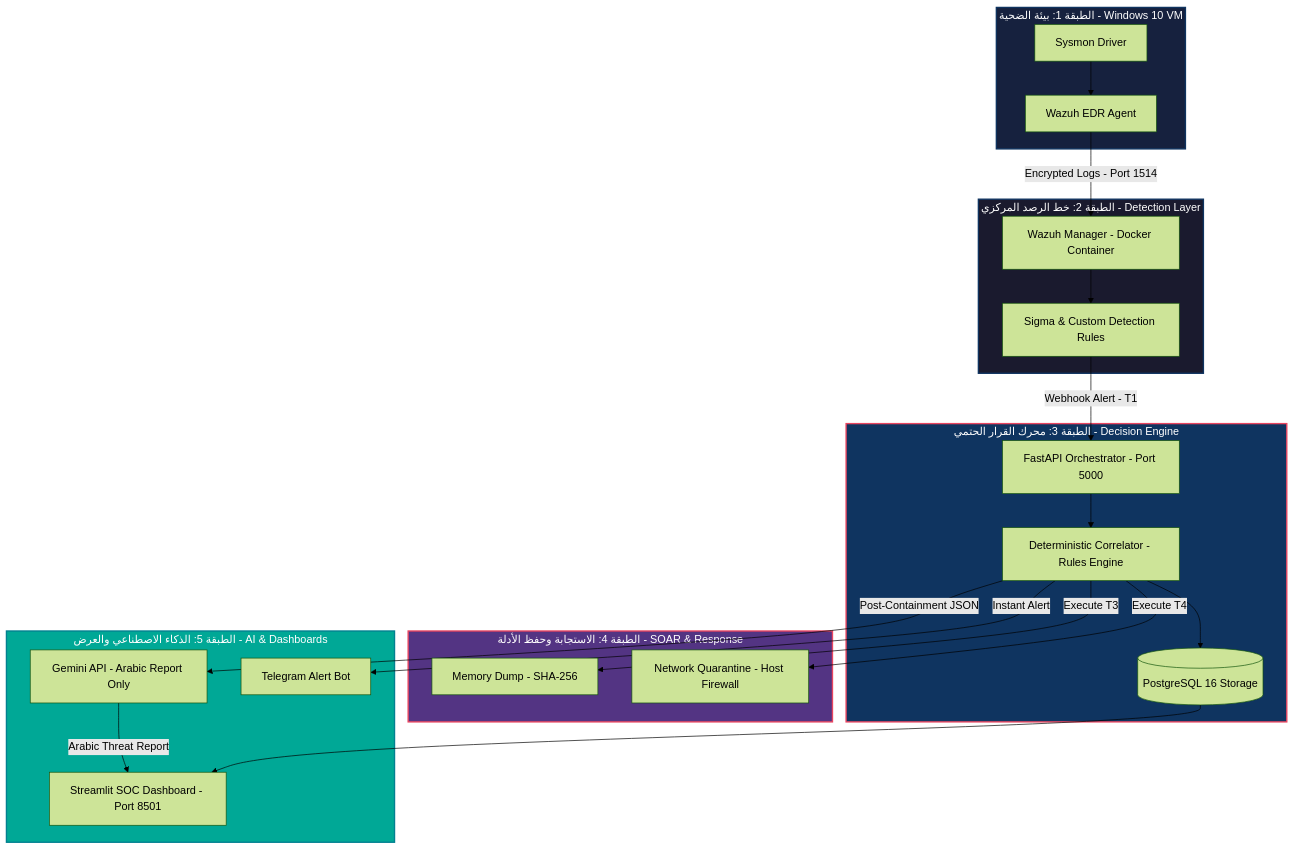
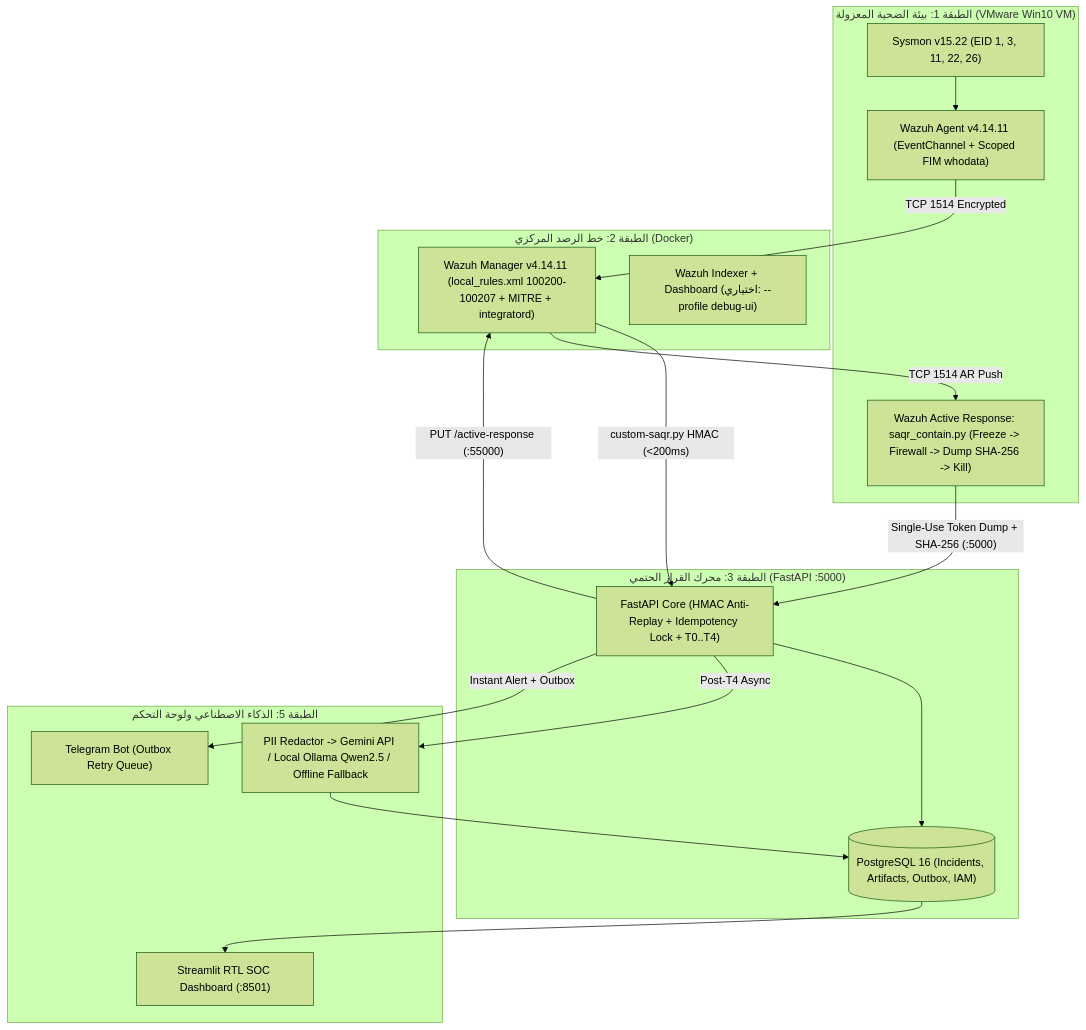
The diagram in README.md (omar123JR/SAQR), drawn with Mermaid (forest theme) before and after one commit. The commit also changed other lines of this file and 36 other files, not shown here.

Commit message:
feat(saqr): implement hardened proposal-faithful 5-layer Mini-SOC + SOAR stack

````diff
--- a/README.md
+++ b/README.md
@@ -81,48 +34,36 @@
 ```mermaid
 flowchart TB
-    subgraph L1 ["الطبقة 1: بيئة الضحية - Windows 10 VM"]
-        Sysmon["Sysmon Driver"]
-        Agent["Wazuh EDR Agent"]
-        Sysmon --> Agent
+    subgraph L1["الطبقة 1: بيئة الضحية المعزولة (VMware Win10 VM)"]
+        SYS["Sysmon v15.22 (EID 1, 3, 11, 22, 26)"]
+        WA["Wazuh Agent v4.14.11 (EventChannel + Scoped FIM whodata)"]
+        AR["Wazuh Active Response: saqr_contain.py (Freeze -> Firewall -> Dump SHA-256 -> Kill)"]
+        SYS --> WA
     end
 
-    subgraph L2 ["الطبقة 2: خط الرصد المركزي - Detection Layer"]
-        WManager["Wazuh Manager - Docker Container"]
-        Sigma["Sigma & Custom Detection Rules"]
-        WManager --> Sigma
+    subgraph L2["الطبقة 2: خط الرصد المركزي (Docker)"]
+        WM["Wazuh Manager v4.14.11 (local_rules.xml 100200-100207 + MITRE + integratord)"]
+        WUI["Wazuh Indexer + Dashboard (اختياري: --profile debug-ui)"]
     end
 
-    subgraph L3 ["الطبقة 3: محرك القرار الحتمي - Decision Engine"]
-        FastAPI["FastAPI Orchestrator - Port 5000"]
-        Correlator["Deterministic Correlator - Rules Engine"]
-        DB[("PostgreSQL 16 Storage")]
-        FastAPI --> Correlator
-        Correlator --> DB
+    subgraph L3["الطبقة 3: محرك القرار الحتمي (FastAPI :5000)"]
+        API["FastAPI Core (HMAC Anti-Replay + Idempotency Lock + T0..T4)"]
+        PG[("PostgreSQL 16 (Incidents, Artifacts, Outbox, IAM)")]
+        API --> PG
     end
 
-    subgraph L4 ["الطبقة 4: الاستجابة وحفظ الأدلة - SOAR & Response"]
-        ProcDump["Memory Dump - SHA-256"]
-        NetIso["Network Quarantine - Host Firewall"]
+    subgraph L5["الطبقة 5: الذكاء الاصطناعي ولوحة التحكم"]
+        RED["PII Redactor -> Gemini API / Local Ollama Qwen2.5 / Offline Fallback"]
+        ST["Streamlit RTL SOC Dashboard (:8501)"]
+        TG["Telegram Bot (Outbox Retry Queue)"]
+        RED --> PG
+        PG --> ST
     end
 
-    subgraph L5 ["الطبقة 5: الذكاء الاصطناعي والعرض - AI & Dashboards"]
-        LLM["Gemini API - Arabic Report Only"]
-        Dash["Streamlit SOC Dashboard - Port 8501"]
-        Bot["Telegram Alert Bot"]
-    end
-
-    Agent -->|"Encrypted Logs - Port 1514"| WManager
-    Sigma -->|"Webhook Alert - T1"| FastAPI
-    Correlator -->|"Execute T3"| ProcDump
-    Correlator -->|"Execute T4"| NetIso
-    Correlator -->|"Post-Containment JSON"| LLM
-    Correlator -->|"Instant Alert"| Bot
-    LLM -->|"Arabic Threat Report"| Dash
-    DB --> Dash
-
-    style L1 fill:#16213e,stroke:#0f3460,stroke-width:2px,color:#fff
-    style L2 fill:#1a1a2e,stroke:#0f3460,stroke-width:2px,color:#fff
-    style L3 fill:#0f3460,stroke:#e94560,stroke-width:2px,color:#fff
-    style L4 fill:#533483,stroke:#e94560,stroke-width:2px,color:#fff
-    style L5 fill:#00a896,stroke:#028090,stroke-width:2px,color:#fff
+    WA -->|"TCP 1514 Encrypted"| WM
+    WM -->|"custom-saqr.py HMAC (<200ms)"| API
+    API -->|"PUT /active-response (:55000)"| WM
+    WM -->|"TCP 1514 AR Push"| AR
+    AR -->|"Single-Use Token Dump + SHA-256 (:5000)"| API
+    API -->|"Post-T4 Async"| RED
+    API -->|"Instant Alert + Outbox"| TG
 ```
````
